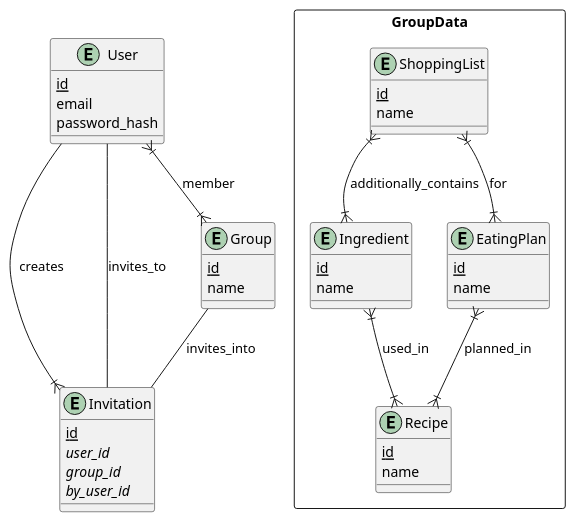
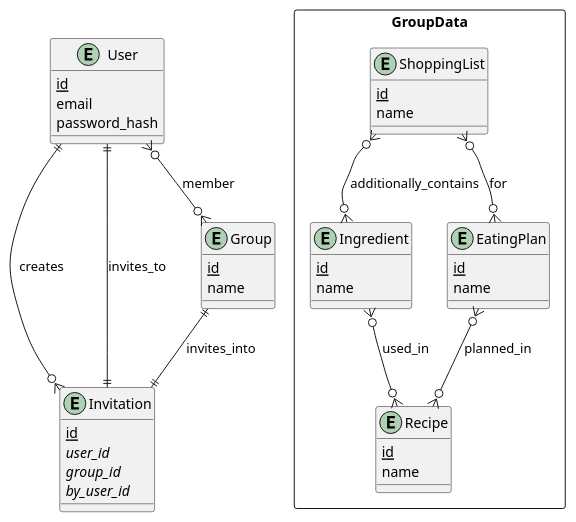
One commit to jeyj0/shopping-list-manager changed the diagram in README.org. Above: the diagram before and after it, drawn with PlantUML. The commit also changed 1 other file, not shown here.

Commit message:
update relations notation

```diff
--- a/README.org
+++ b/README.org
@@ -25,45 +25,45 @@
 #+begin_src plantuml :file data-model.png
   package GroupData <<Rectangle>> {
     entity Ingredient {
 	{static} id
 	name
     }
     entity Recipe {
 	{static} id
 	name
     }
     entity EatingPlan {
 	{static} id
 	name
     }
     entity ShoppingList {
 	{static} id
 	name
     }
   }
   entity User {
        {static} id
        email
        password_hash
   }
   entity Invitation {
        {static} id
        {abstract} user_id
        {abstract} group_id
        {abstract} by_user_id
   }
   entity Group {
        {static} id
        name
   }
 
-  User }|--|{ Group : member
-  User --|{ Invitation : creates
-  User -- Invitation : invites_to
-  Group -- Invitation : invites_into
+  User }o--o{ Group : member
+  User ||--o{ Invitation : creates
+  User ||--|| Invitation : invites_to
+  Group ||--|| Invitation : invites_into
 
-  Ingredient }|--|{ Recipe : used_in
-  EatingPlan }|--|{ Recipe : planned_in
-  ShoppingList }|--|{ EatingPlan : for
-  ShoppingList }|--|{ Ingredient : additionally_contains
+  Ingredient }o--o{ Recipe : used_in
+  EatingPlan }o--o{ Recipe : planned_in
+  ShoppingList }o--o{ EatingPlan : for
+  ShoppingList }o--o{ Ingredient : additionally_contains
 #+end_src
```
